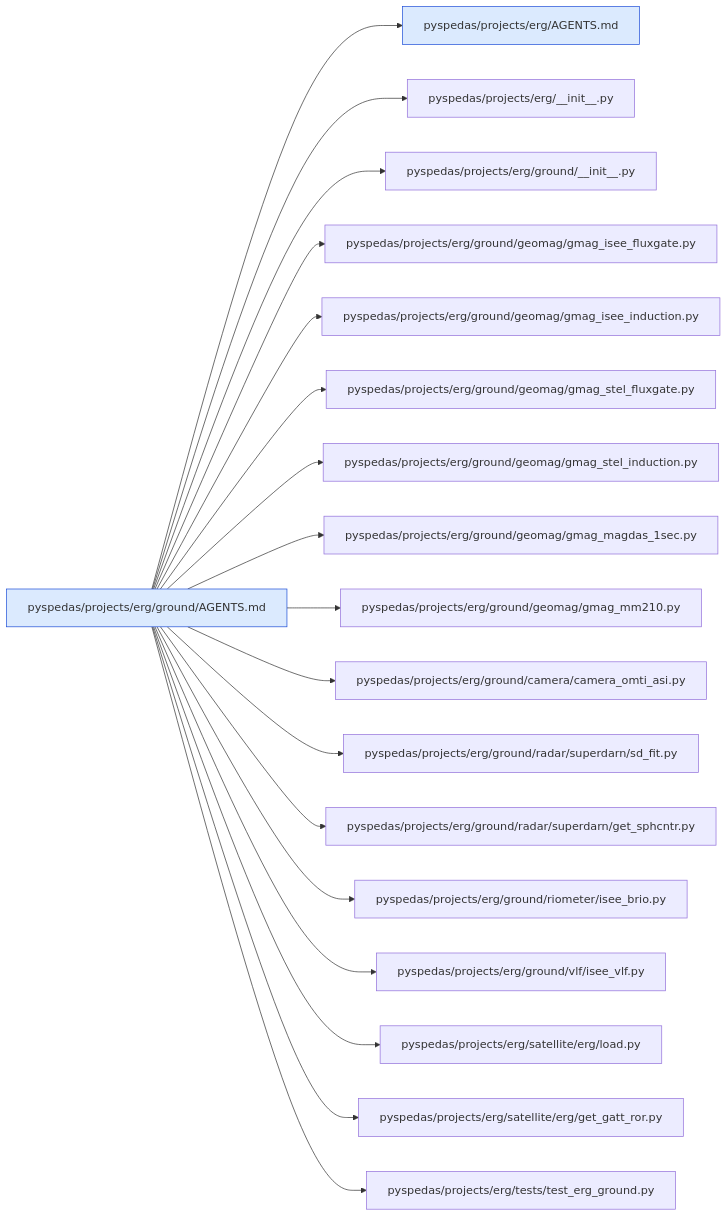
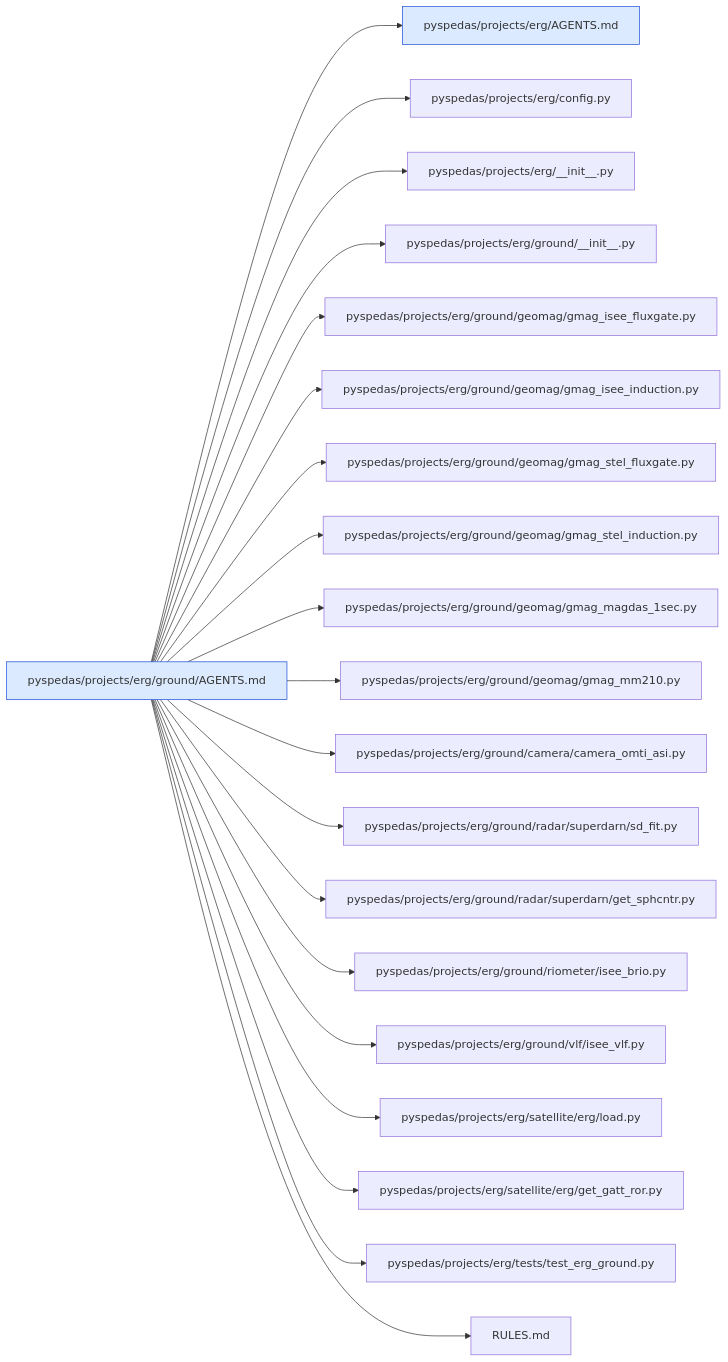
One commit to spedas/pyspedas changed diagram 16 of 44 in .agents/map/MAP.md. Above: the diagram before and after it, drawn with Mermaid. The commit also changed other lines of this file and 75 other files, not shown here.

First line of the commit message:
1544 test s3 downloads of erg and mms data from heliocloud (#1581)

````diff
--- a/.agents/map/MAP.md
+++ b/.agents/map/MAP.md
@@ -687,23 +735,25 @@
 ```mermaid
 graph LR
   classDef agents fill:#dbeafe,stroke:#1d4ed8
   classDef missing fill:#fee2e2,stroke:#b91c1c,stroke-dasharray:4
   self["pyspedas/projects/erg/ground/AGENTS.md"]:::agents
   self --> r0["pyspedas/projects/erg/AGENTS.md"]:::agents
-  self --> r1["pyspedas/projects/erg/__init__.py"]
-  self --> r2["pyspedas/projects/erg/ground/__init__.py"]
-  self --> r3["pyspedas/projects/erg/ground/geomag/gmag_isee_fluxgate.py"]
-  self --> r4["pyspedas/projects/erg/ground/geomag/gmag_isee_induction.py"]
-  self --> r5["pyspedas/projects/erg/ground/geomag/gmag_stel_fluxgate.py"]
-  self --> r6["pyspedas/projects/erg/ground/geomag/gmag_stel_induction.py"]
-  self --> r7["pyspedas/projects/erg/ground/geomag/gmag_magdas_1sec.py"]
-  self --> r8["pyspedas/projects/erg/ground/geomag/gmag_mm210.py"]
-  self --> r9["pyspedas/projects/erg/ground/camera/camera_omti_asi.py"]
-  self --> r10["pyspedas/projects/erg/ground/radar/superdarn/sd_fit.py"]
-  self --> r11["pyspedas/projects/erg/ground/radar/superdarn/get_sphcntr.py"]
-  self --> r12["pyspedas/projects/erg/ground/riometer/isee_brio.py"]
-  self --> r13["pyspedas/projects/erg/ground/vlf/isee_vlf.py"]
-  self --> r14["pyspedas/projects/erg/satellite/erg/load.py"]
-  self --> r15["pyspedas/projects/erg/satellite/erg/get_gatt_ror.py"]
-  self --> r16["pyspedas/projects/erg/tests/test_erg_ground.py"]
+  self --> r1["pyspedas/projects/erg/config.py"]
+  self --> r2["pyspedas/projects/erg/__init__.py"]
+  self --> r3["pyspedas/projects/erg/ground/__init__.py"]
+  self --> r4["pyspedas/projects/erg/ground/geomag/gmag_isee_fluxgate.py"]
+  self --> r5["pyspedas/projects/erg/ground/geomag/gmag_isee_induction.py"]
+  self --> r6["pyspedas/projects/erg/ground/geomag/gmag_stel_fluxgate.py"]
+  self --> r7["pyspedas/projects/erg/ground/geomag/gmag_stel_induction.py"]
+  self --> r8["pyspedas/projects/erg/ground/geomag/gmag_magdas_1sec.py"]
+  self --> r9["pyspedas/projects/erg/ground/geomag/gmag_mm210.py"]
+  self --> r10["pyspedas/projects/erg/ground/camera/camera_omti_asi.py"]
+  self --> r11["pyspedas/projects/erg/ground/radar/superdarn/sd_fit.py"]
+  self --> r12["pyspedas/projects/erg/ground/radar/superdarn/get_sphcntr.py"]
+  self --> r13["pyspedas/projects/erg/ground/riometer/isee_brio.py"]
+  self --> r14["pyspedas/projects/erg/ground/vlf/isee_vlf.py"]
+  self --> r15["pyspedas/projects/erg/satellite/erg/load.py"]
+  self --> r16["pyspedas/projects/erg/satellite/erg/get_gatt_ror.py"]
+  self --> r17["pyspedas/projects/erg/tests/test_erg_ground.py"]
+  self --> r18["RULES.md"]
 ```
````
